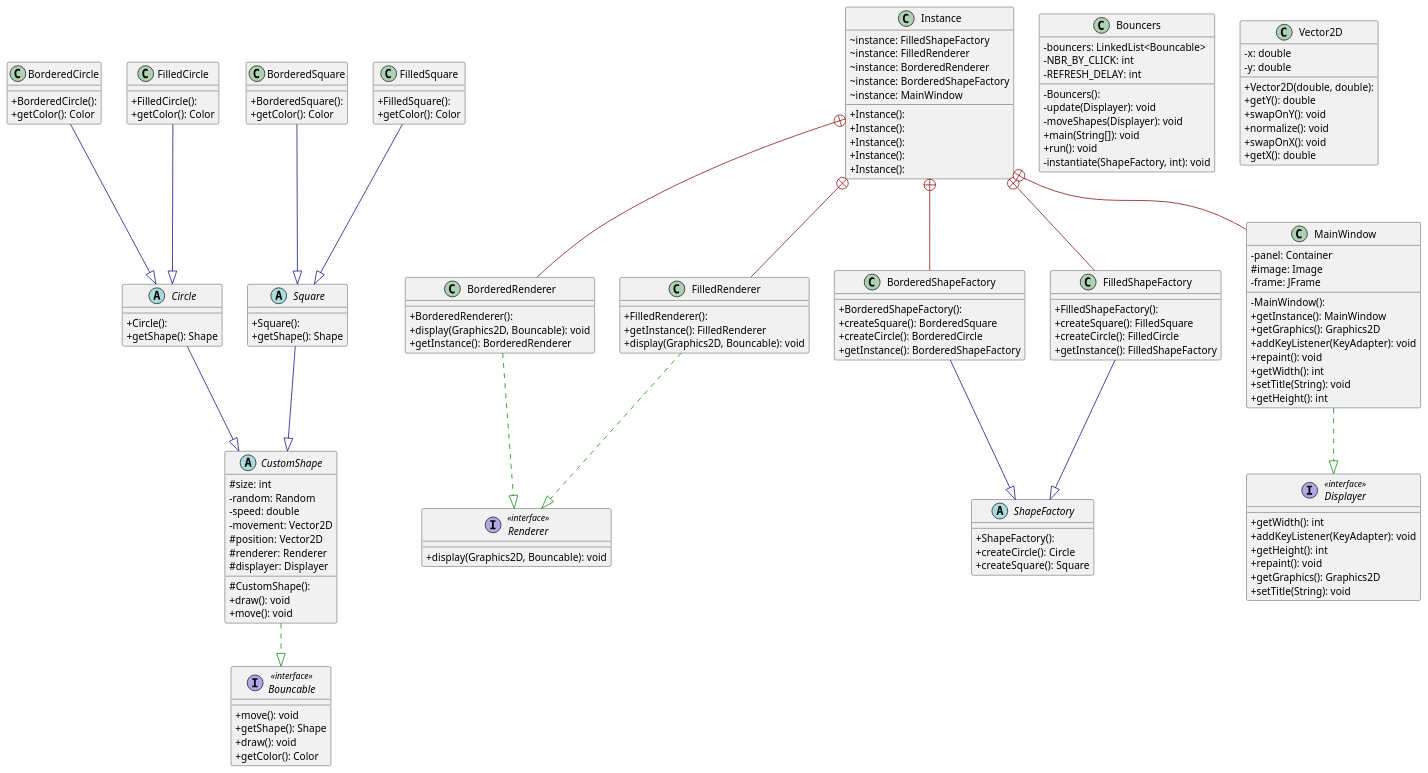
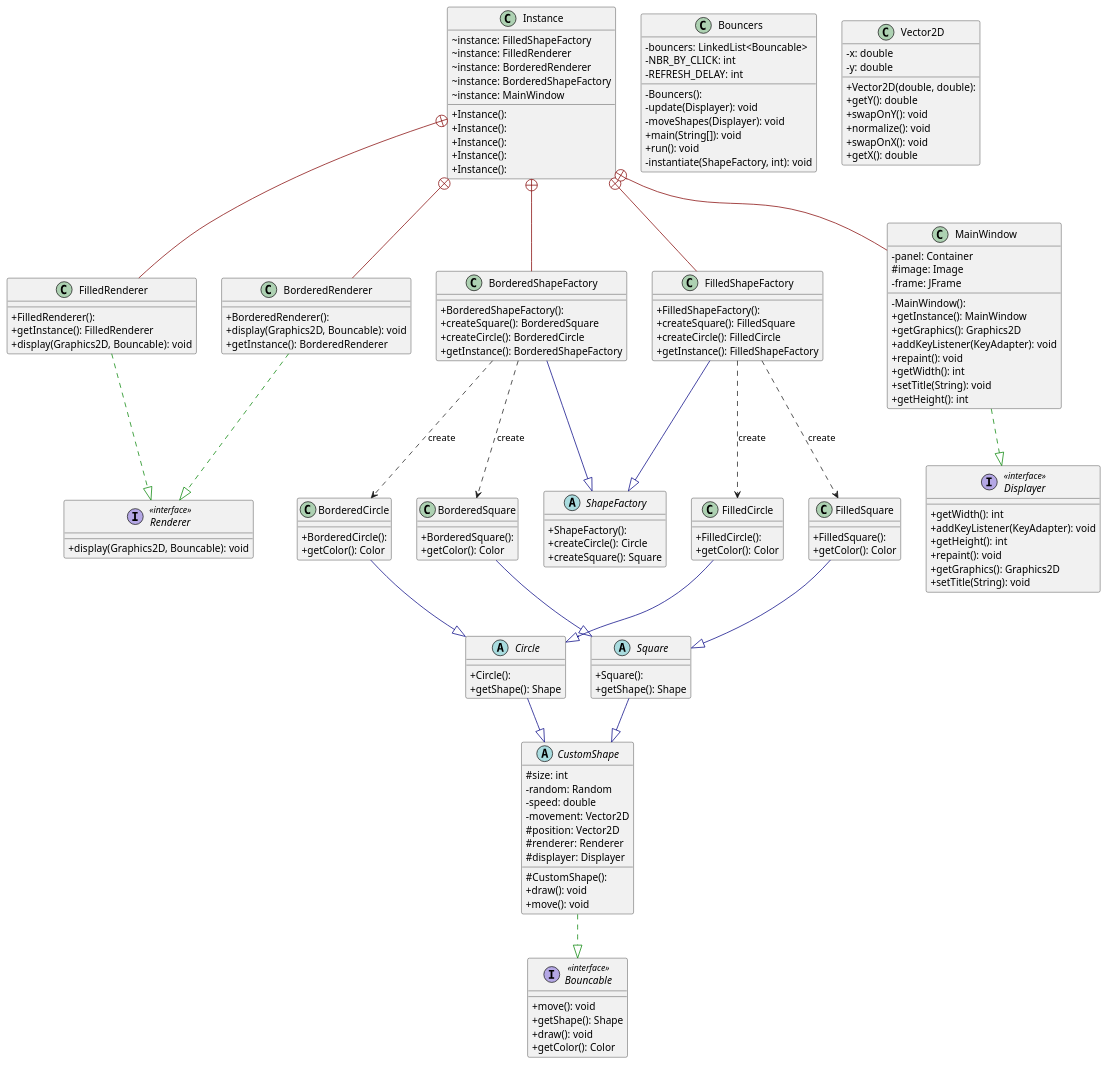
One commit to BetterBlood/WSI_JST_MCR_L2 changed the diagram in UML/diagram.plantuml. Above: the diagram before and after it, drawn with PlantUML.

Commit message:
update UML

```diff
--- a/UML/diagram.plantuml
+++ b/UML/diagram.plantuml
@@ -1,157 +1,165 @@
 @startuml Shapes_L2
 
 skinparam classAttributeIconSize 0
 
 class BorderedCircle {
   + BorderedCircle(): 
   + getColor(): Color
 }
 class BorderedRenderer {
   + BorderedRenderer(): 
   + display(Graphics2D, Bouncable): void
   + getInstance(): BorderedRenderer
 }
 class BorderedShapeFactory {
   + BorderedShapeFactory(): 
   + createSquare(): BorderedSquare
   + createCircle(): BorderedCircle
   + getInstance(): BorderedShapeFactory
 }
 class BorderedSquare {
   + BorderedSquare(): 
   + getColor(): Color
 }
 interface Bouncable << interface >> {
   + move(): void
   + getShape(): Shape
   + draw(): void
   + getColor(): Color
 }
 class Bouncers {
   - Bouncers(): 
   - bouncers: LinkedList<Bouncable>
   - NBR_BY_CLICK: int
   - REFRESH_DELAY: int
   - update(Displayer): void
   - moveShapes(Displayer): void
   + main(String[]): void
   + run(): void
   - instantiate(ShapeFactory, int): void
 }
 abstract class Circle {
   + Circle(): 
   + getShape(): Shape
 }
 abstract class CustomShape {
   # CustomShape(): 
   # size: int
   - random: Random
   - speed: double
   - movement: Vector2D
   # position: Vector2D
   # renderer: Renderer
   # displayer: Displayer
   + draw(): void
   + move(): void
 }
 interface Displayer << interface >> {
   + getWidth(): int
   + addKeyListener(KeyAdapter): void
   + getHeight(): int
   + repaint(): void
   + getGraphics(): Graphics2D
   + setTitle(String): void
 }
 class FilledCircle {
   + FilledCircle(): 
   + getColor(): Color
 }
 class FilledRenderer {
   + FilledRenderer(): 
   + getInstance(): FilledRenderer
   + display(Graphics2D, Bouncable): void
 }
 class FilledShapeFactory {
   + FilledShapeFactory(): 
   + createSquare(): FilledSquare
   + createCircle(): FilledCircle
   + getInstance(): FilledShapeFactory
 }
 class FilledSquare {
   + FilledSquare(): 
   + getColor(): Color
 }
 class Instance {
   + Instance(): 
   ~ instance: FilledShapeFactory
 }
 class Instance {
   + Instance(): 
   ~ instance: FilledRenderer
 }
 class Instance {
   + Instance(): 
   ~ instance: BorderedRenderer
 }
 class Instance {
   + Instance(): 
   ~ instance: BorderedShapeFactory
 }
 class Instance {
   + Instance(): 
   ~ instance: MainWindow
 }
 class MainWindow {
   - MainWindow(): 
   - panel: Container
   # image: Image
   - frame: JFrame
   + getInstance(): MainWindow
   + getGraphics(): Graphics2D
   + addKeyListener(KeyAdapter): void
   + repaint(): void
   + getWidth(): int
   + setTitle(String): void
   + getHeight(): int
 }
 interface Renderer << interface >> {
   + display(Graphics2D, Bouncable): void
 }
 abstract class ShapeFactory {
   + ShapeFactory(): 
   + createCircle(): Circle
   + createSquare(): Square
 }
 abstract class Square {
   + Square(): 
   + getShape(): Shape
 }
 class Vector2D {
   + Vector2D(double, double): 
   - x: double
   - y: double
   + getY(): double
   + swapOnY(): void
   + normalize(): void
   + swapOnX(): void
   + getX(): double
 }
 
 BorderedCircle        -[#000082,plain]-^  Circle               
 BorderedRenderer      -[#008200,dashed]-^  Renderer             
 BorderedShapeFactory  -[#000082,plain]-^  ShapeFactory         
 BorderedSquare        -[#000082,plain]-^  Square               
 Circle                -[#000082,plain]-^  CustomShape          
 CustomShape           -[#008200,dashed]-^  Bouncable            
 FilledCircle          -[#000082,plain]-^  Circle               
 FilledRenderer        -[#008200,dashed]-^  Renderer             
 FilledShapeFactory    -[#000082,plain]-^  ShapeFactory         
 FilledSquare          -[#000082,plain]-^  Square               
 Instance              +-[#820000,plain]-  BorderedRenderer     
 Instance              +-[#820000,plain]-  BorderedShapeFactory 
 Instance              +-[#820000,plain]-  FilledRenderer       
 Instance              +-[#820000,plain]-  FilledShapeFactory   
 Instance              +-[#820000,plain]-  MainWindow           
 MainWindow            -[#008200,dashed]-^  Displayer            
-Square                -[#000082,plain]-^  CustomShape          
+Square                -[#000082,plain]-^  CustomShape  
+
+
+
+BorderedShapeFactory  ..>                 BorderedCircle : create
+BorderedShapeFactory  ..>                 BorderedSquare : create
+
+FilledShapeFactory    ..>                 FilledCircle : create
+FilledShapeFactory    ..>                 FilledSquare : create
 @enduml
```
